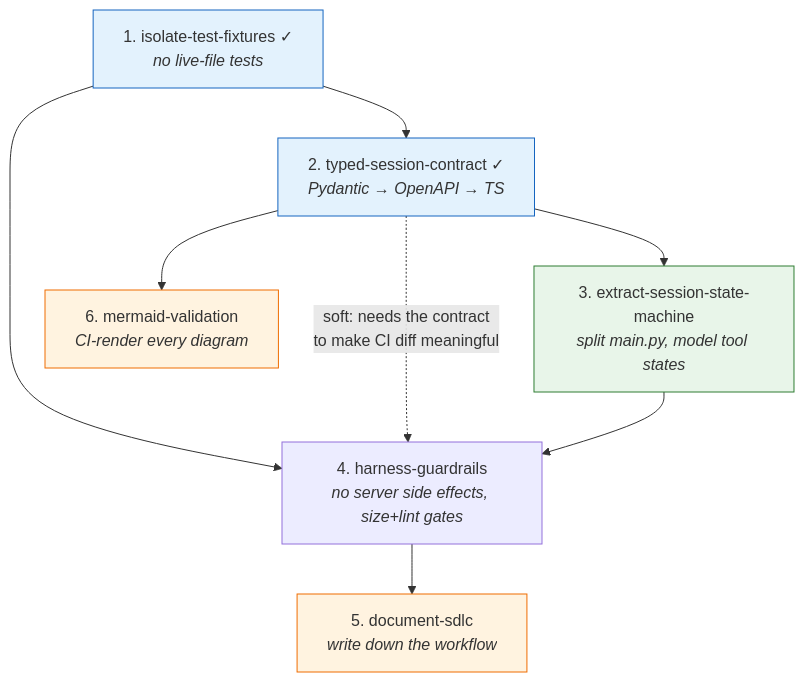
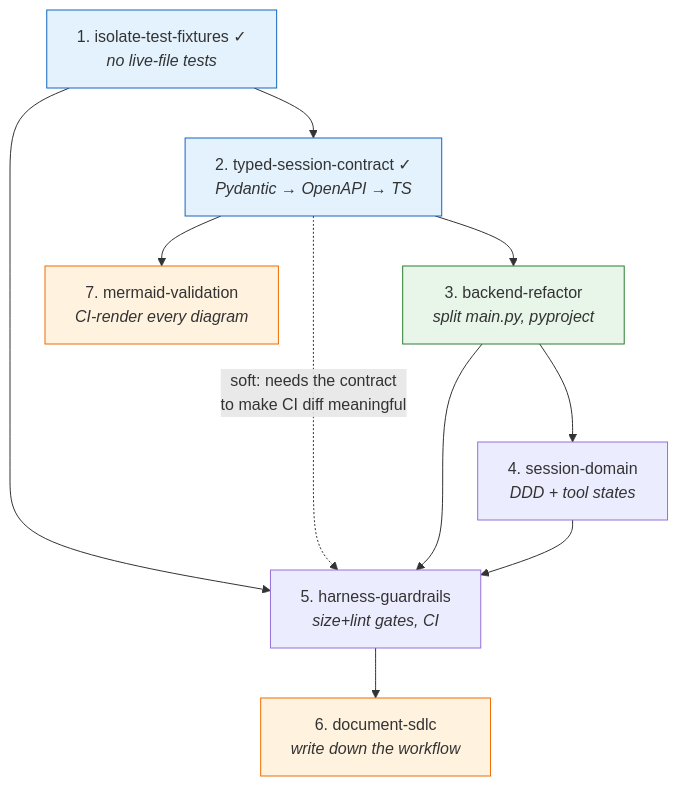
The diagram in plans/feature-load-jsonl-next-steps.md (cryans/worlds-simplest-harness), drawn with Mermaid before and after one commit. The commit also changed other lines of this file and 1 other file, not shown here.

First line of the commit message:
docs(plans): split #3 into backend-refactor then session-domain

````diff
--- a/plans/feature-load-jsonl-next-steps.md
+++ b/plans/feature-load-jsonl-next-steps.md
@@ -15,24 +15,27 @@
 ```mermaid
 graph TD
     F1["1. isolate-test-fixtures ✓<br/><i>no live-file tests</i>"]
     F2["2. typed-session-contract ✓<br/><i>Pydantic → OpenAPI → TS</i>"]
-    F3["3. extract-session-state-machine<br/><i>split main.py, model tool states</i>"]
-    F4["4. harness-guardrails<br/><i>no server side effects, size+lint gates</i>"]
-    F5["5. document-sdlc<br/><i>write down the workflow</i>"]
-    F6["6. mermaid-validation<br/><i>CI-render every diagram</i>"]
+    F3["3. backend-refactor<br/><i>split main.py, pyproject</i>"]
+    F4["4. session-domain<br/><i>DDD + tool states</i>"]
+    F5["5. harness-guardrails<br/><i>size+lint gates, CI</i>"]
+    F6["6. document-sdlc<br/><i>write down the workflow</i>"]
+    F7["7. mermaid-validation<br/><i>CI-render every diagram</i>"]
 
     F1 --> F2
     F2 --> F3
-    F1 --> F4
-    F2 -.->|"soft: needs the contract<br/>to make CI diff meaningful"| F4
+    F3 --> F4
+    F1 --> F5
+    F2 -.->|"soft: needs the contract<br/>to make CI diff meaningful"| F5
+    F3 --> F5
     F4 --> F5
-    F3 --> F4
-    F2 --> F6
+    F5 --> F6
+    F2 --> F7
 
     classDef done fill:#e3f2fd,stroke:#1565c0
     classDef ready fill:#e8f5e9,stroke:#2e7d32
     classDef hold fill:#fff3e0,stroke:#ef6c00
     class F1,F2 done
     class F3 ready
-    class F5,F6 hold
+    class F6,F7 hold
 ```
````
